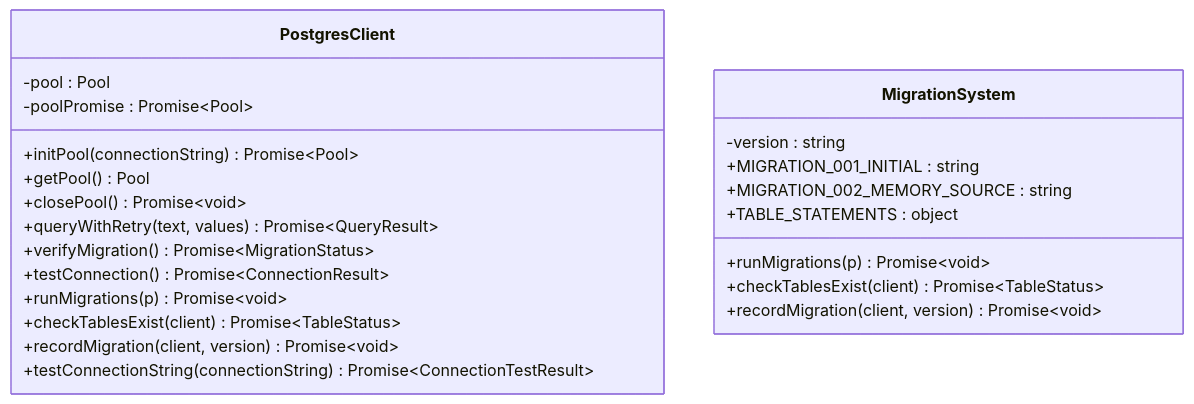
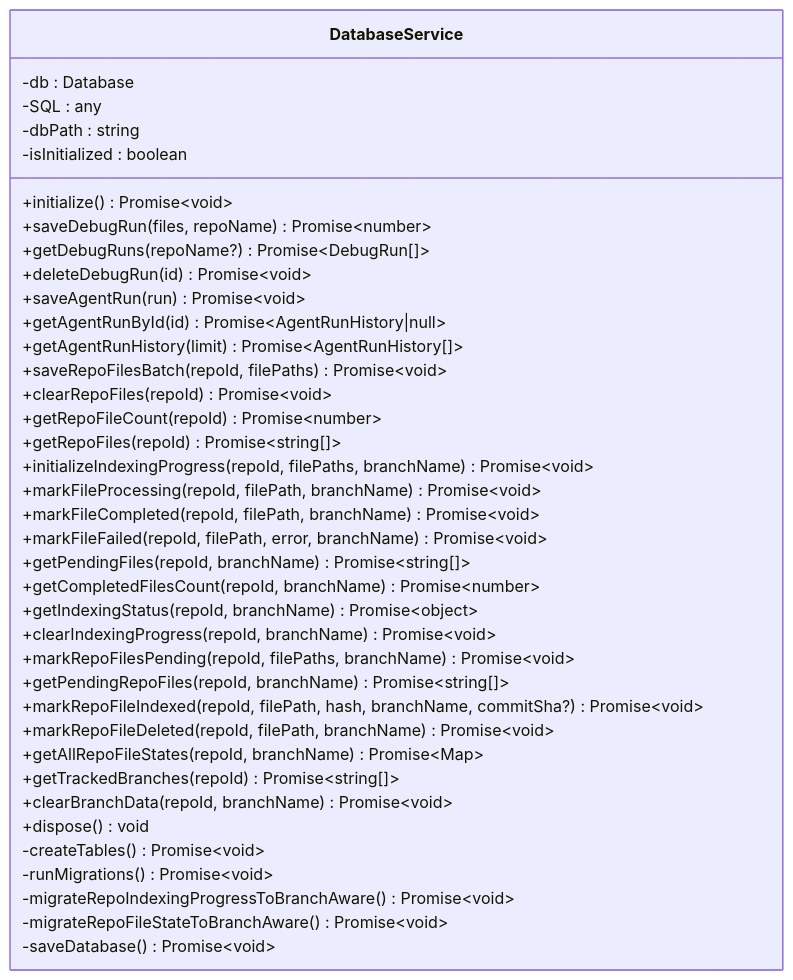
Before and after one commit to bramburn/repomix-runner: the third of 7 diagrams in .qoder/repowiki/en/content/Storage System/Storage System.md, drawn with Mermaid. The commit also changed other lines of this file and 41 other files, not shown here.

````diff
--- a/.qoder/repowiki/en/content/Storage System/Storage System.md
+++ b/.qoder/repowiki/en/content/Storage System/Storage System.md
@@ -289,26 +250,41 @@
 ```mermaid
 classDiagram
-class PostgresClient {
--pool : Pool
--poolPromise : Promise~Pool~
-+initPool(connectionString) Promise~Pool~
-+getPool() Pool
-+closePool() Promise~void~
-+queryWithRetry(text, values) Promise~QueryResult~
-+verifyMigration() Promise~MigrationStatus~
-+testConnection() Promise~ConnectionResult~
-+runMigrations(p) Promise~void~
-+checkTablesExist(client) Promise~TableStatus~
-+recordMigration(client, version) Promise~void~
-+testConnectionString(connectionString) Promise~ConnectionTestResult~
-}
-class MigrationSystem {
--version : string
-+MIGRATION_001_INITIAL : string
-+MIGRATION_002_MEMORY_SOURCE : string
-+TABLE_STATEMENTS : object
-+runMigrations(p) Promise~void~
-+checkTablesExist(client) Promise~TableStatus~
-+recordMigration(client, version) Promise~void~
+class DatabaseService {
+-db : Database
+-SQL : any
+-dbPath : string
+-isInitialized : boolean
++initialize() Promise~void~
++saveDebugRun(files, repoName) Promise~number~
++getDebugRuns(repoName?) Promise~DebugRun[]~
++deleteDebugRun(id) Promise~void~
++saveAgentRun(run) Promise~void~
++getAgentRunById(id) Promise~AgentRunHistory|null~
++getAgentRunHistory(limit) Promise~AgentRunHistory[]~
++saveRepoFilesBatch(repoId, filePaths) Promise~void~
++clearRepoFiles(repoId) Promise~void~
++getRepoFileCount(repoId) Promise~number~
++getRepoFiles(repoId) Promise~string[]~
++initializeIndexingProgress(repoId, filePaths, branchName) Promise~void~
++markFileProcessing(repoId, filePath, branchName) Promise~void~
++markFileCompleted(repoId, filePath, branchName) Promise~void~
++markFileFailed(repoId, filePath, error, branchName) Promise~void~
++getPendingFiles(repoId, branchName) Promise~string[]~
++getCompletedFilesCount(repoId, branchName) Promise~number~
++getIndexingStatus(repoId, branchName) Promise~object~
++clearIndexingProgress(repoId, branchName) Promise~void~
++markRepoFilesPending(repoId, filePaths, branchName) Promise~void~
++getPendingRepoFiles(repoId, branchName) Promise~string[]~
++markRepoFileIndexed(repoId, filePath, hash, branchName, commitSha?) Promise~void~
++markRepoFileDeleted(repoId, filePath, branchName) Promise~void~
++getAllRepoFileStates(repoId, branchName) Promise~Map~
++getTrackedBranches(repoId) Promise~string[]~
++clearBranchData(repoId, branchName) Promise~void~
++dispose() void
+-createTables() Promise~void~
+-runMigrations() Promise~void~
+-migrateRepoIndexingProgressToBranchAware() Promise~void~
+-migrateRepoFileStateToBranchAware() Promise~void~
+-saveDatabase() Promise~void~
 }
 ```
````
